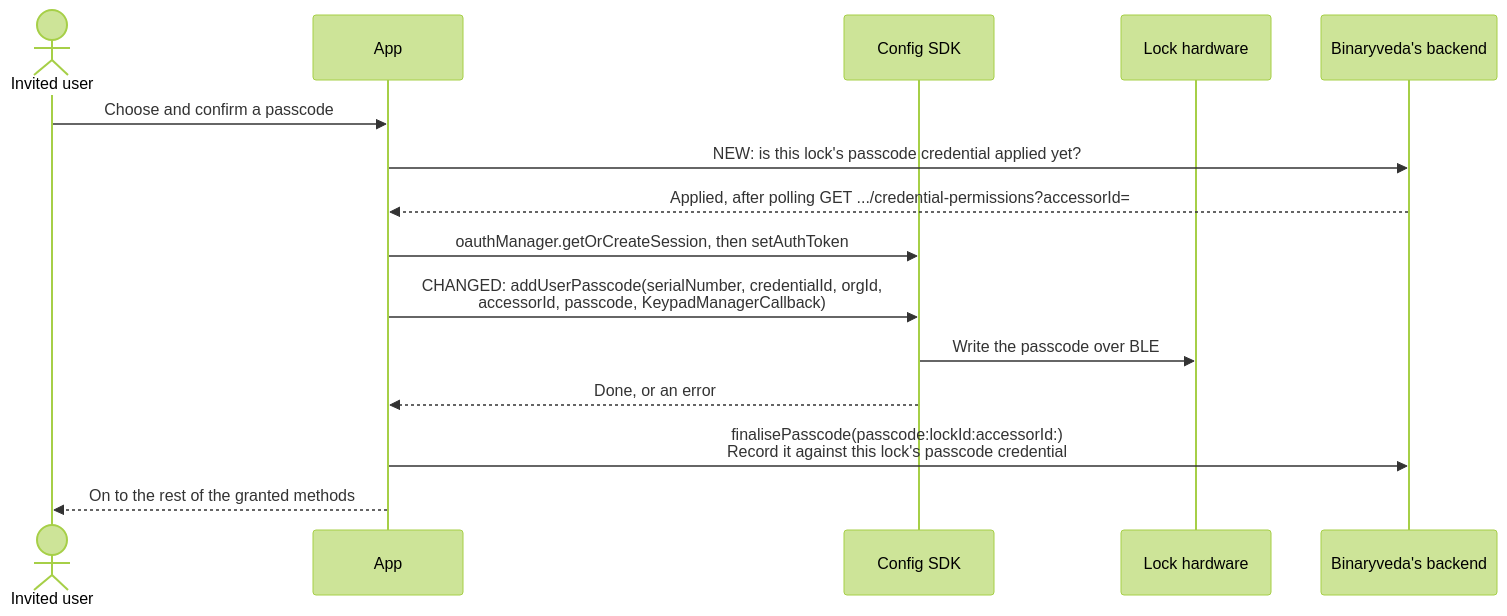
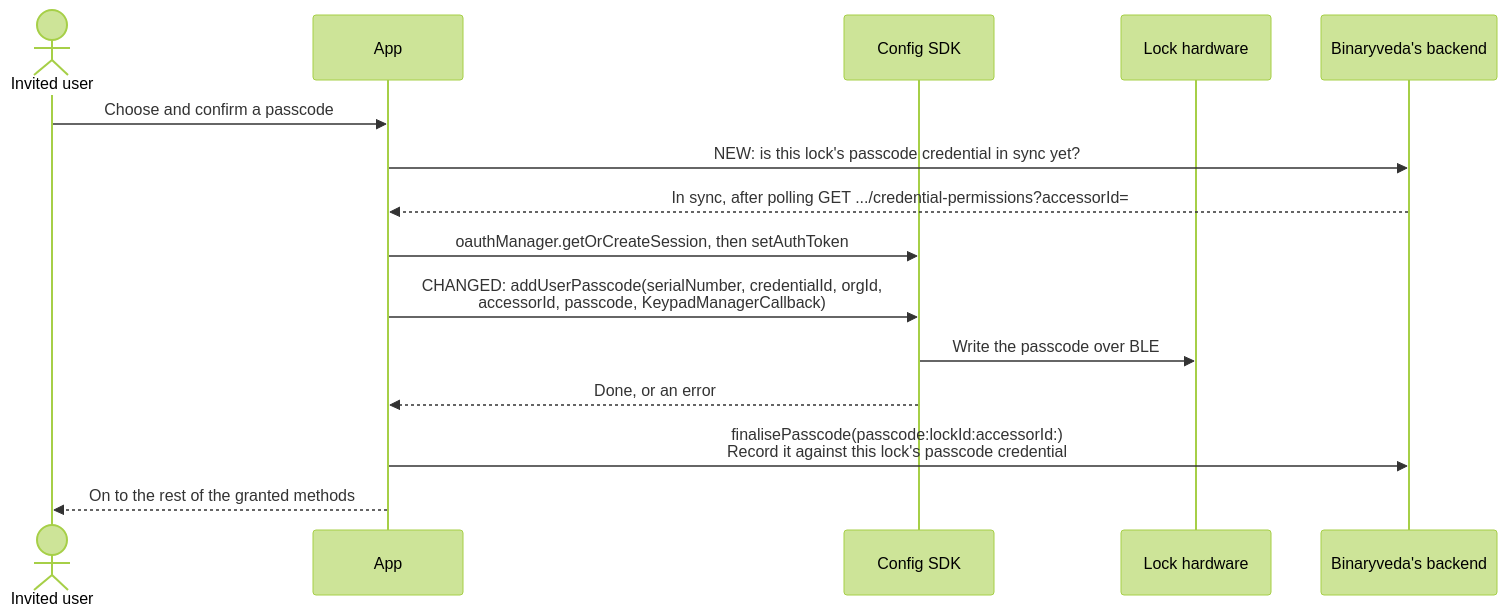
One commit to spintly-integrations-support/godrej-software-guide changed the ninth of 10 diagrams in docs/user-management.md. Above: the diagram before and after it, drawn with Mermaid (forest theme). The commit also changed other lines of this file and 5 other files, not shown here.

Commit message:
Fresh passcode credential per lock; passcodes never copied between locks

````diff
--- a/docs/user-management.md
+++ b/docs/user-management.md
@@ -299,18 +294,18 @@
 ```mermaid
 sequenceDiagram
     actor U as Invited user
     participant A as App
     participant C as Config SDK
     participant L as Lock hardware
     participant B as Binaryveda's backend
 
     U->>A: Choose and confirm a passcode
-    A->>B: NEW: is this lock's passcode credential applied yet?
-    B-->>A: Applied, after polling GET .../credential-permissions?accessorId=
+    A->>B: NEW: is this lock's passcode credential in sync yet?
+    B-->>A: In sync, after polling GET .../credential-permissions?accessorId=
     A->>C: oauthManager.getOrCreateSession, then setAuthToken
     A->>C: CHANGED: addUserPasscode(serialNumber, credentialId, orgId,<br/>accessorId, passcode, KeypadManagerCallback)
     C->>L: Write the passcode over BLE
     C-->>A: Done, or an error
     A->>B: finalisePasscode(passcode:lockId:accessorId:)<br/>Record it against this lock's passcode credential
     A-->>U: On to the rest of the granted methods
 ```
````
